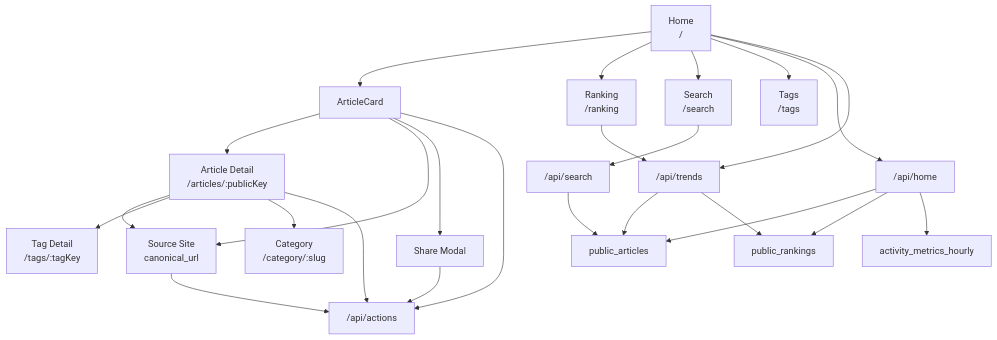
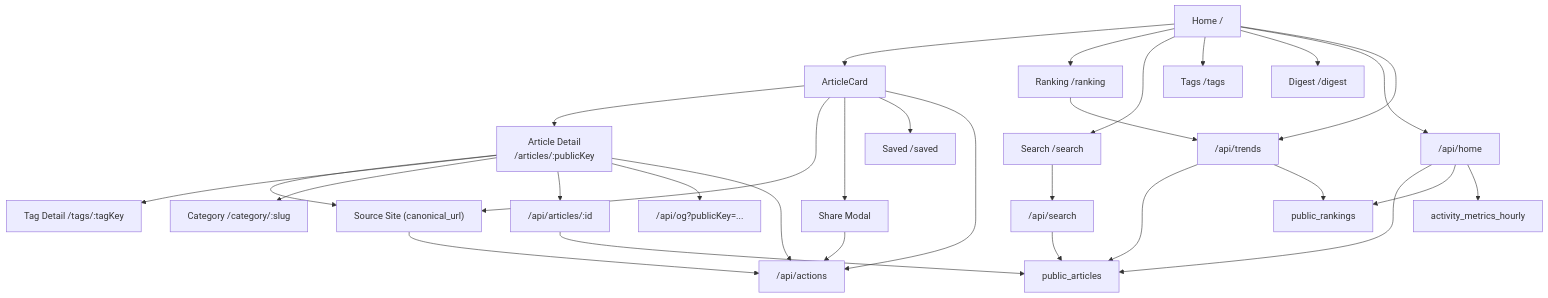
One commit to rohto4/ai-hub changed the first of 2 diagrams in docs/imp/screen-flow.md. Above: the diagram before and after it, drawn with Mermaid. The commit also changed other lines of this file and 2 other files, not shown here.

First line of the commit message:
docs: imp-wait / screen-flow / imp-plan を最新化

````diff
--- a/docs/imp/screen-flow.md
+++ b/docs/imp/screen-flow.md
@@ -23,32 +34,38 @@
 ```mermaid
 flowchart TD
-    Home["Home<br/>/"] --> ArticleCard["ArticleCard"]
-    Home --> Ranking["Ranking<br/>/ranking"]
-    Home --> Search["Search<br/>/search"]
-    Home --> Tags["Tags<br/>/tags"]
+    Home["Home /"] --> ArticleCard["ArticleCard"]
+    Home --> Ranking["Ranking /ranking"]
+    Home --> Search["Search /search"]
+    Home --> Tags["Tags /tags"]
+    Home --> Digest["Digest /digest"]
 
     ArticleCard --> Detail["Article Detail<br/>/articles/:publicKey"]
-    ArticleCard --> Source["Source Site<br/>canonical_url"]
+    ArticleCard --> Source["Source Site (canonical_url)"]
     ArticleCard --> Share["Share Modal"]
+    ArticleCard --> SavedPage["Saved /saved"]
 
     Detail --> Source
-    Detail --> TagDetail["Tag Detail<br/>/tags/:tagKey"]
-    Detail --> Category["Category<br/>/category/:slug"]
+    Detail --> TagDetail["Tag Detail /tags/:tagKey"]
+    Detail --> Category["Category /category/:slug"]
 
     Home --> HomeApi["/api/home"]
     Home --> TrendsApi["/api/trends"]
     Search --> SearchApi["/api/search"]
     Ranking --> TrendsApi
 
     HomeApi --> PublicArticles["public_articles"]
     HomeApi --> PublicRankings["public_rankings"]
     HomeApi --> ActivityMetrics["activity_metrics_hourly"]
     SearchApi --> PublicArticles
     TrendsApi --> PublicArticles
     TrendsApi --> PublicRankings
 
+    Detail --> DetailApi["/api/articles/:id"]
+    Detail --> OgApi["/api/og?publicKey=..."]
+    DetailApi --> PublicArticles
+
     ArticleCard --> Actions["/api/actions"]
     Detail --> Actions
     Source --> Actions
     Share --> Actions
 ```
````
